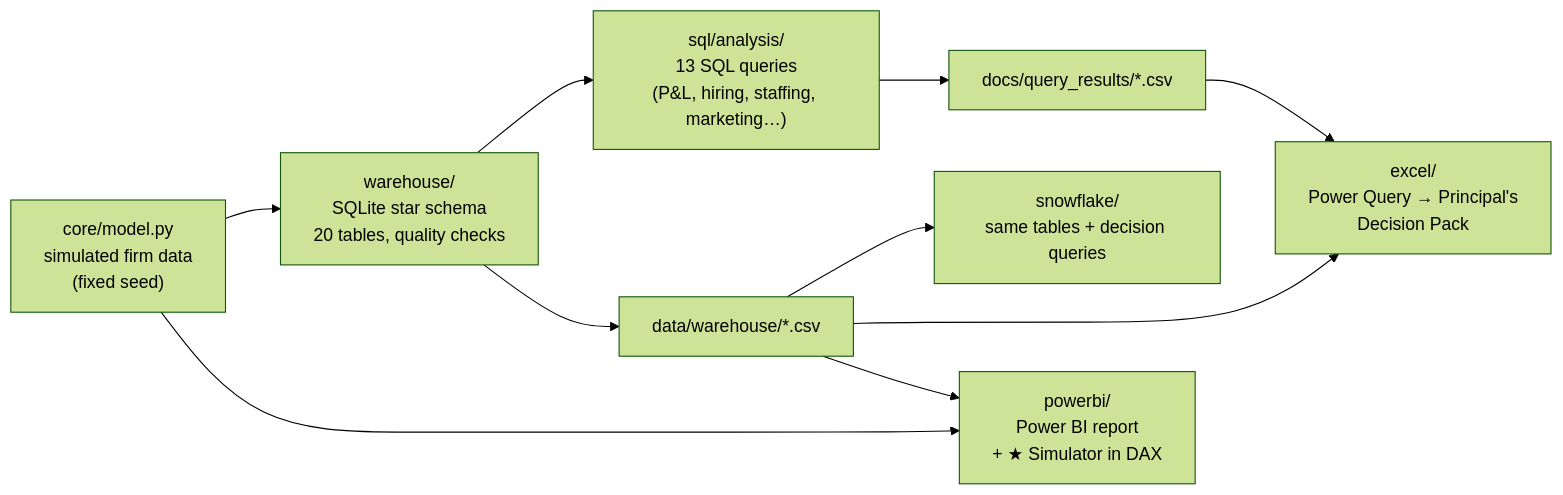
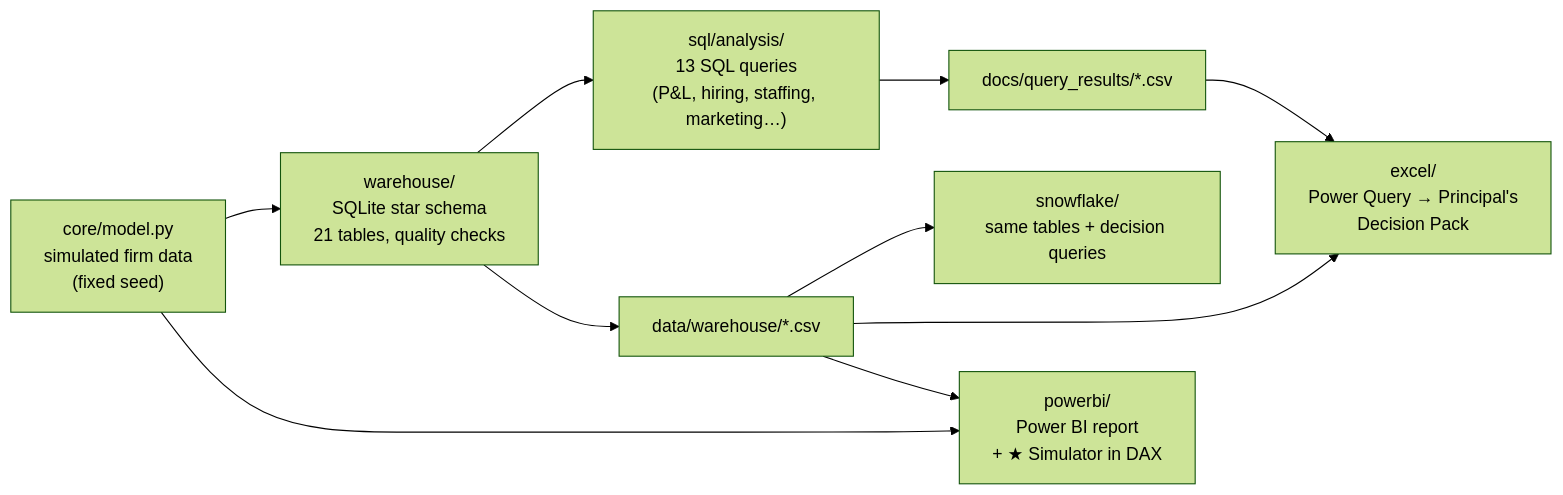
One commit to brianphu2310/Law_Firm_Operations_Intelliigence changed the diagram in README.md. Above: the diagram before and after it, drawn with Mermaid (forest theme). The commit also changed other lines of this file and 42 other files, not shown here.

````diff
--- a/README.md
+++ b/README.md
@@ -76,12 +76,12 @@
 ```mermaid
 flowchart LR
-    m["core/model.py<br/>simulated firm data<br/>(fixed seed)"] --> wh["warehouse/<br/>SQLite star schema<br/>20 tables, quality checks"]
+    m["core/model.py<br/>simulated firm data<br/>(fixed seed)"] --> wh["warehouse/<br/>SQLite star schema<br/>21 tables, quality checks"]
     wh --> sql["sql/analysis/<br/>13 SQL queries<br/>(P&L, hiring, staffing, marketing…)"]
     wh --> csv["data/warehouse/*.csv"]
     csv --> sf["snowflake/<br/>same tables + decision queries"]
     sql --> res["docs/query_results/*.csv"]
     res --> pq["excel/<br/>Power Query → Principal's<br/>Decision Pack"]
     csv --> pq
     csv --> pbi["powerbi/<br/>Power BI report<br/>+ ★ Simulator in DAX"]
     m --> pbi
 ```
````
